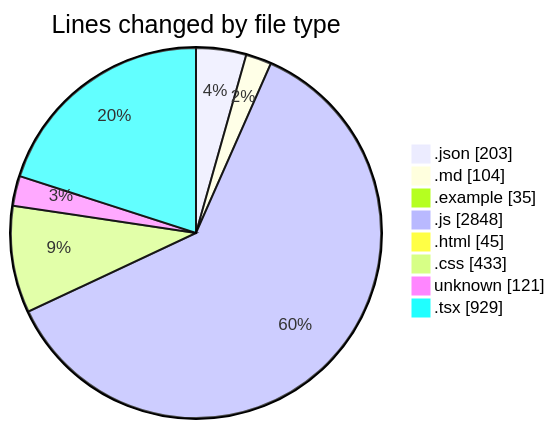
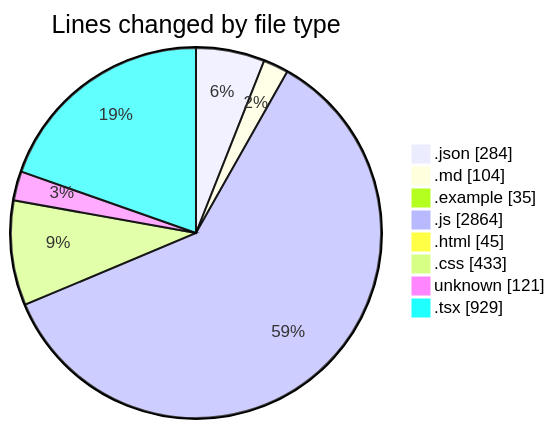
One commit to lephambinh05/code-tracking changed the first of 2 diagrams in 2025-08-05/napxuvn/README.md. Above: the diagram before and after it, drawn with Mermaid. The commit also changed other lines of this file and 1 other file, not shown here.

````diff
--- a/2025-08-05/napxuvn/README.md
+++ b/2025-08-05/napxuvn/README.md
@@ -52,12 +54,12 @@
 ```mermaid
 pie showData
 title Lines changed by file type
-".json" : 203
+".json" : 284
 ".md" : 104
 ".example" : 35
-".js" : 2848
+".js" : 2864
 ".html" : 45
 ".css" : 433
 "unknown" : 121
 ".tsx" : 929
 ```
````
